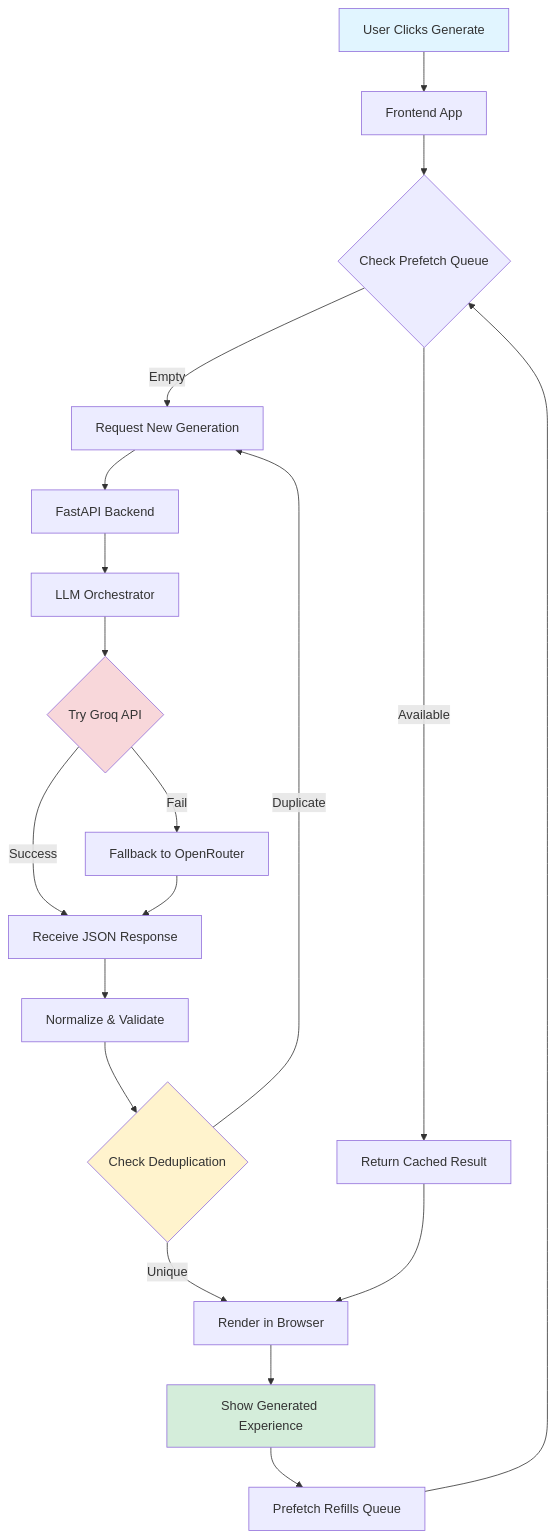
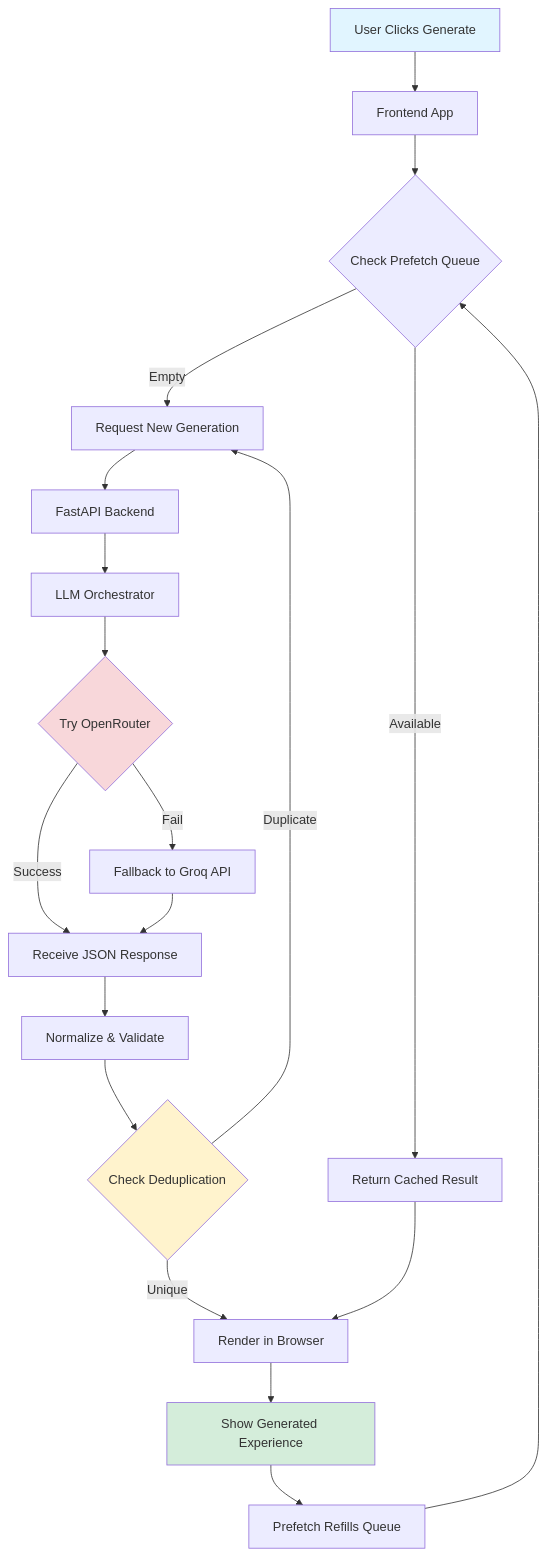
One commit to lesprgm/Roulette changed the diagram in README.md. Above: the diagram before and after it, drawn with Mermaid.

Commit message:
Update API references in README.md

````diff
--- a/README.md
+++ b/README.md
@@ -25,26 +25,26 @@
 ```mermaid
 graph TD
     A[User Clicks Generate] --> B[Frontend App]
     B --> C{Check Prefetch Queue}
     C -->|Available| D[Return Cached Result]
     C -->|Empty| E[Request New Generation]
     E --> F[FastAPI Backend]
     F --> G[LLM Orchestrator]
-    G --> H{Try Groq API}
+    G --> H{Try OpenRouter}
     H -->|Success| I[Receive JSON Response]
-    H -->|Fail| J[Fallback to OpenRouter]
+    H -->|Fail| J[Fallback to Groq API]
     J --> I
     I --> K[Normalize & Validate]
     K --> L{Check Deduplication}
     L -->|Unique| M[Render in Browser]
     L -->|Duplicate| E
     M --> N[Show Generated Experience]
     N --> O[Prefetch Refills Queue]
     O --> C
     D --> M
     
     style A fill:#e1f5ff
     style N fill:#d4edda
     style L fill:#fff3cd
     style H fill:#f8d7da
 ```
````
